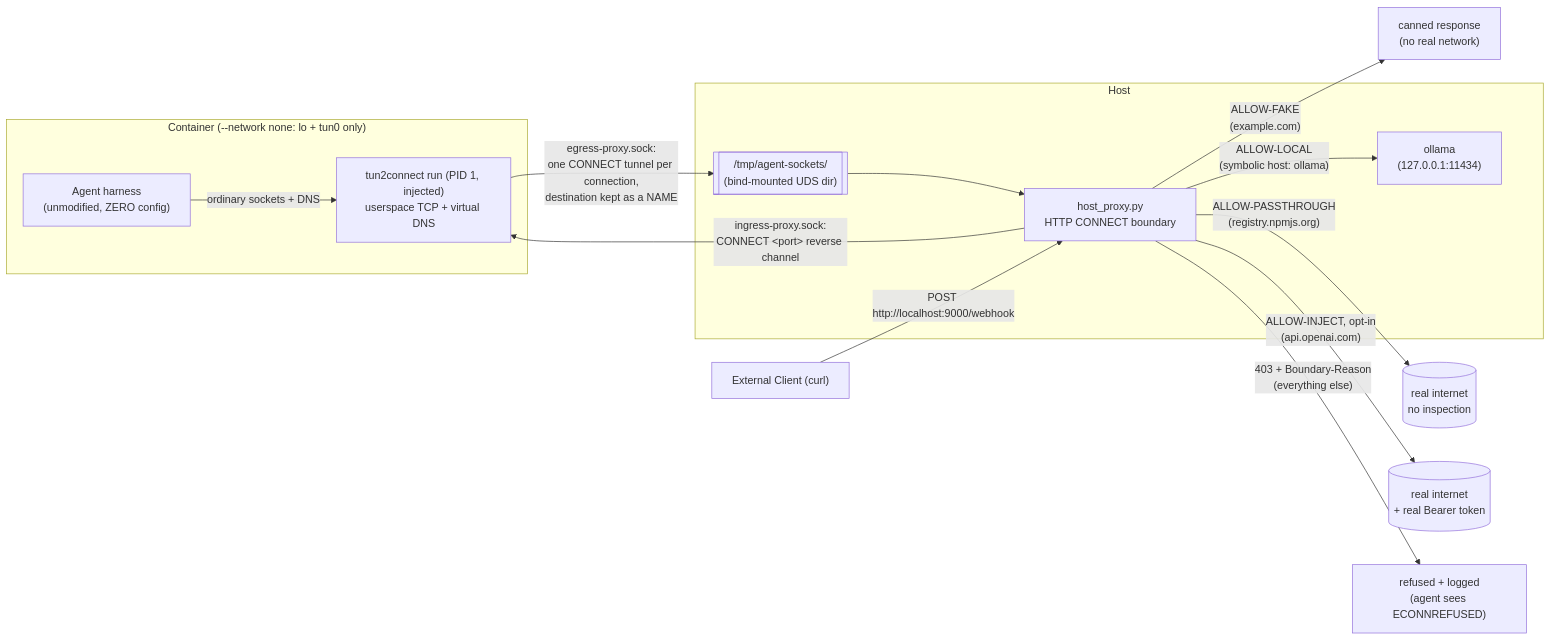
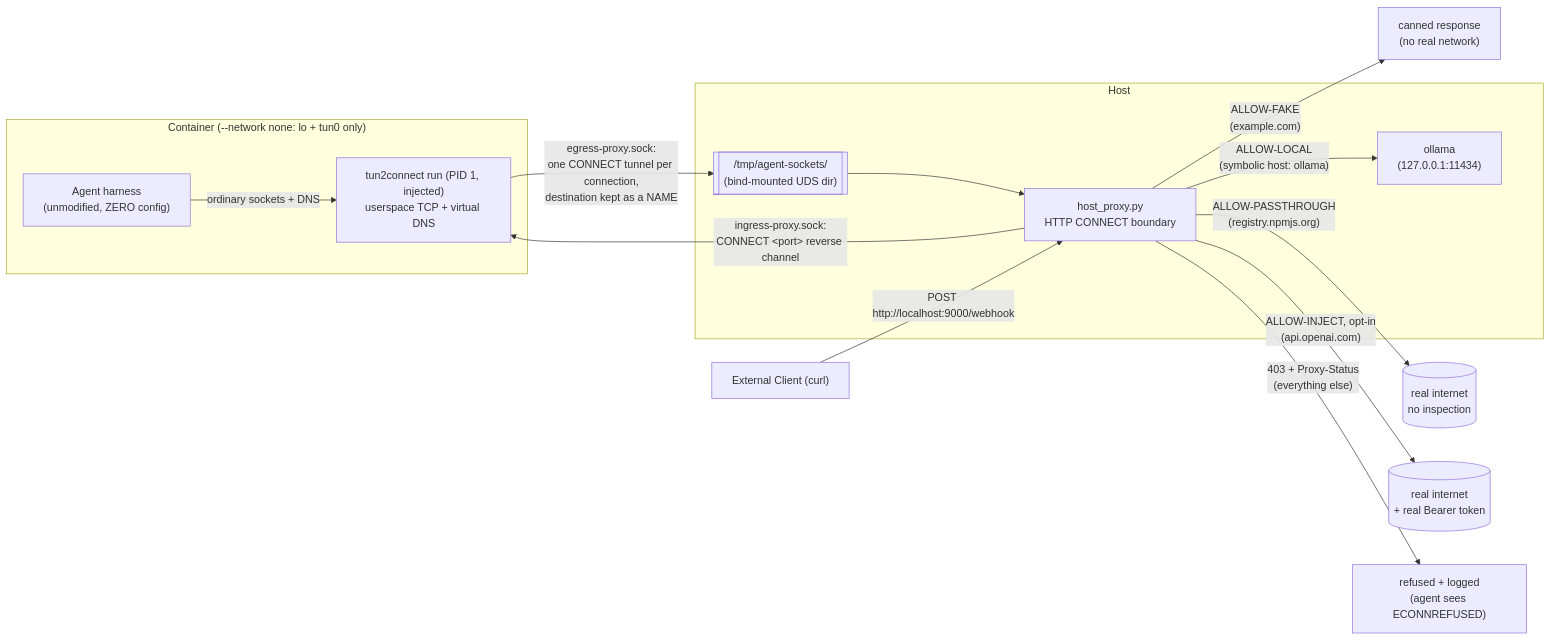
One commit to aojea/agents.net changed the diagram in demo/README.md. Above: the diagram before and after it, drawn with Mermaid. The commit also changed other lines of this file and 103 other files, not shown here.

````diff
--- a/demo/README.md
+++ b/demo/README.md
@@ -17,22 +17,22 @@
 ```mermaid
 flowchart LR
     subgraph sandbox["Container (--network none: lo + tun0 only)"]
         harness["Agent harness<br/>(unmodified, ZERO config)"]
         launcher["tun2connect run (PID 1, injected)<br/>userspace TCP + virtual DNS"]
         harness -- "ordinary sockets + DNS" --> launcher
     end
     subgraph host["Host"]
         sockets[["/tmp/agent-sockets/<br/>(bind-mounted UDS dir)"]]
         proxy["host_proxy.py<br/>HTTP CONNECT boundary"]
         ollama["ollama<br/>(127.0.0.1:11434)"]
         sockets --> proxy
     end
     launcher -- "egress-proxy.sock:<br/>one CONNECT tunnel per connection,<br/>destination kept as a NAME" --> sockets
     proxy -- "ingress-proxy.sock:<br/>CONNECT &lt;port&gt; reverse channel" --> launcher
     proxy -- "ALLOW-FAKE<br/>(example.com)" --> canned["canned response<br/>(no real network)"]
     proxy -- "ALLOW-LOCAL<br/>(symbolic host: ollama)" --> ollama
     proxy -- "ALLOW-PASSTHROUGH<br/>(registry.npmjs.org)" --> real1[("real internet<br/>no inspection")]
     proxy -- "ALLOW-INJECT, opt-in<br/>(api.openai.com)" --> real2[("real internet<br/>+ real Bearer token")]
-    proxy -- "403 + Boundary-Reason<br/>(everything else)" --> nowhere["refused + logged<br/>(agent sees ECONNREFUSED)"]
+    proxy -- "403 + Proxy-Status<br/>(everything else)" --> nowhere["refused + logged<br/>(agent sees ECONNREFUSED)"]
     ext["External Client (curl)"] -- "POST http://localhost:9000/webhook" --> proxy
 ```
````
